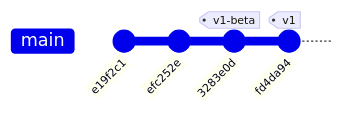
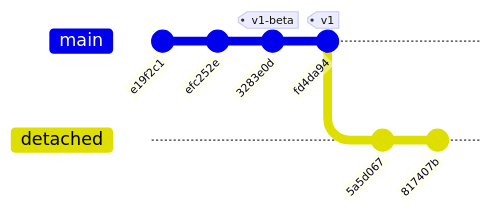
One commit to aulasoftwarelibre/taller-de-git changed the second of 5 diagrams in docs/usoavanzado.md. Above: the diagram before and after it, drawn with Mermaid. The commit also changed other lines of this file and 3 other files, not shown here.

````diff
--- a/docs/usoavanzado.md
+++ b/docs/usoavanzado.md
@@ -147,7 +158,11 @@
     ```mermaid
     gitGraph:
         commit id: "e19f2c1"
         commit id: "efc252e"
         commit id: "3283e0d" tag: "v1-beta"
         commit id: "fd4da94" tag: "v1"
+        branch detached
+        commit id: "5a5d067"
+        commit id: "817407b"
+
     ```
````
